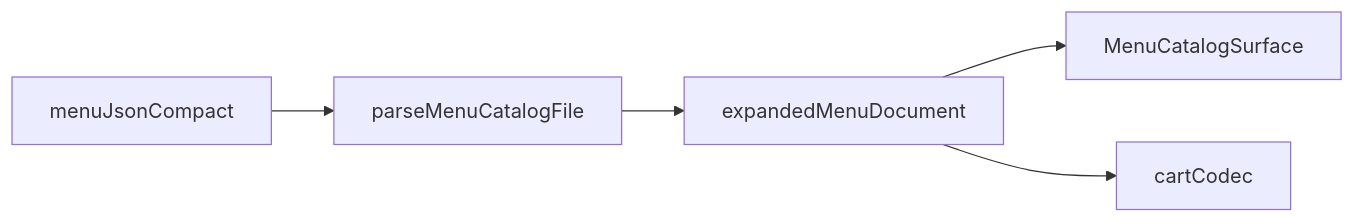
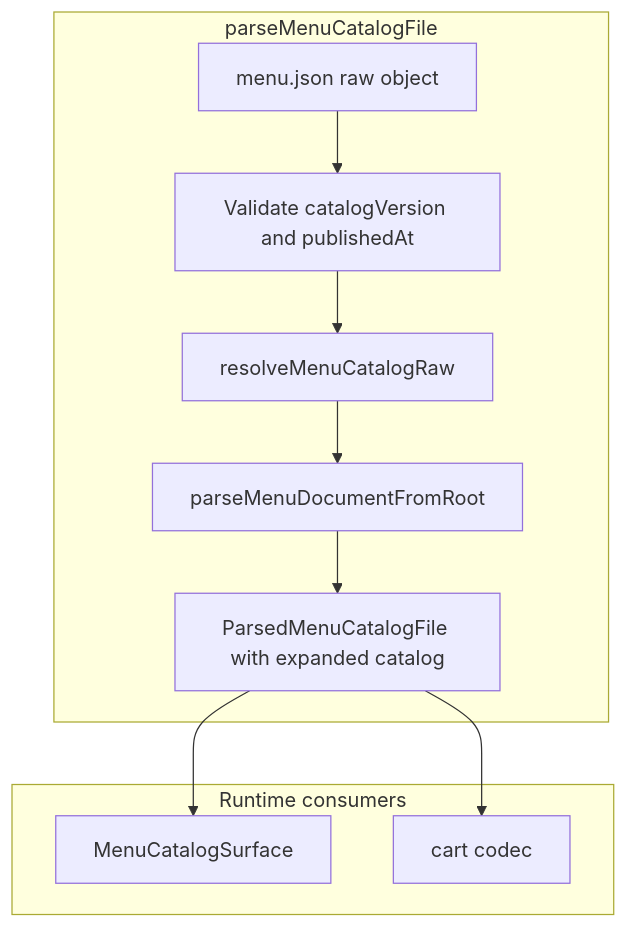
One commit to kilogold/RicoS-Menu changed the first of 3 diagrams in SPEC.md. Above: the diagram before and after it, drawn with Mermaid. The commit also changed other lines of this file, not shown here.

Commit message:
Clarify compact menu spec for refs, parsing, and visibleWhen.

````diff
--- a/SPEC.md
+++ b/SPEC.md
@@ -81,12 +114,19 @@
 ```mermaid
-flowchart LR
-  compactDisk[menuJsonCompact]
-  parser[parseMenuCatalogFile]
-  expandedRuntime[expandedMenuDocument]
-  surface[MenuCatalogSurface]
-  codec[cartCodec]
+flowchart TD
+  subgraph catalogParse [parseMenuCatalogFile]
+    raw[menu.json raw object]
+    release[Validate catalogVersion and publishedAt]
+    resolve[resolveMenuCatalogRaw]
+    validateDoc[parseMenuDocumentFromRoot]
+    parsed[ParsedMenuCatalogFile with expanded catalog]
 
-  compactDisk --> parser --> expandedRuntime
-  expandedRuntime --> surface
-  expandedRuntime --> codec
+    raw --> release --> resolve --> validateDoc --> parsed
+  end
+
+  subgraph consumers [Runtime consumers]
+    surface[MenuCatalogSurface]
+    codec[cart codec]
+    parsed --> surface
+    parsed --> codec
+  end
 ```
````
